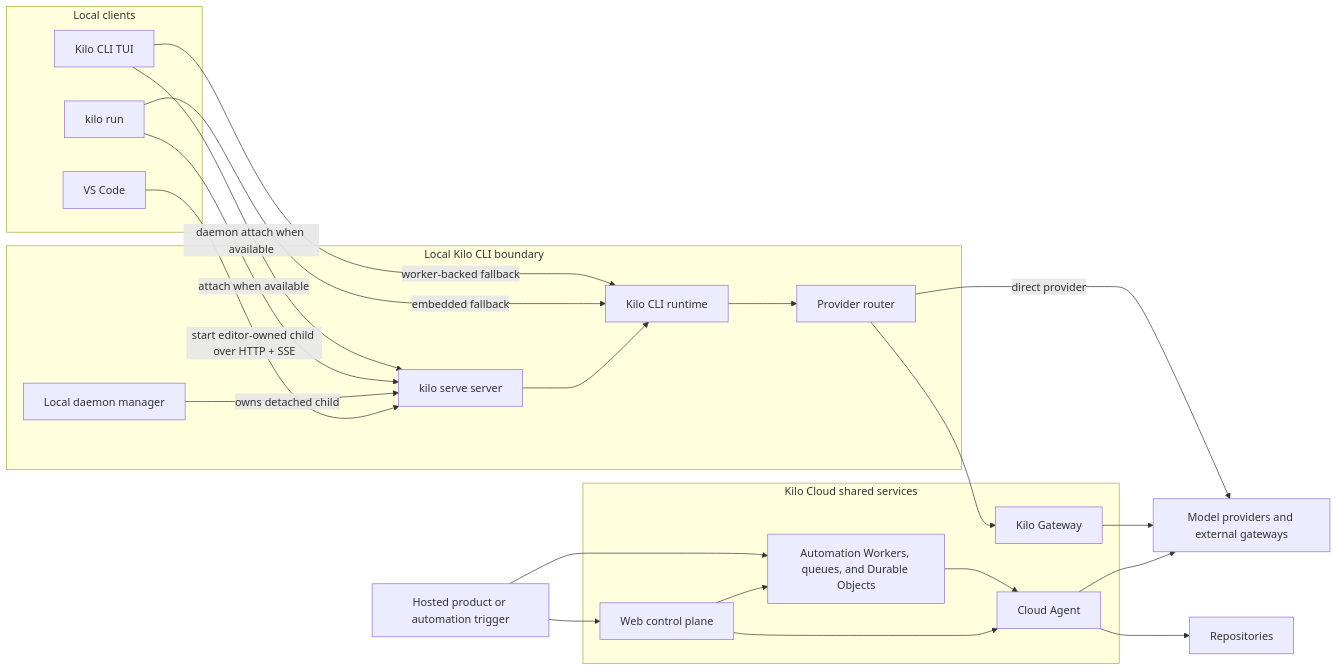
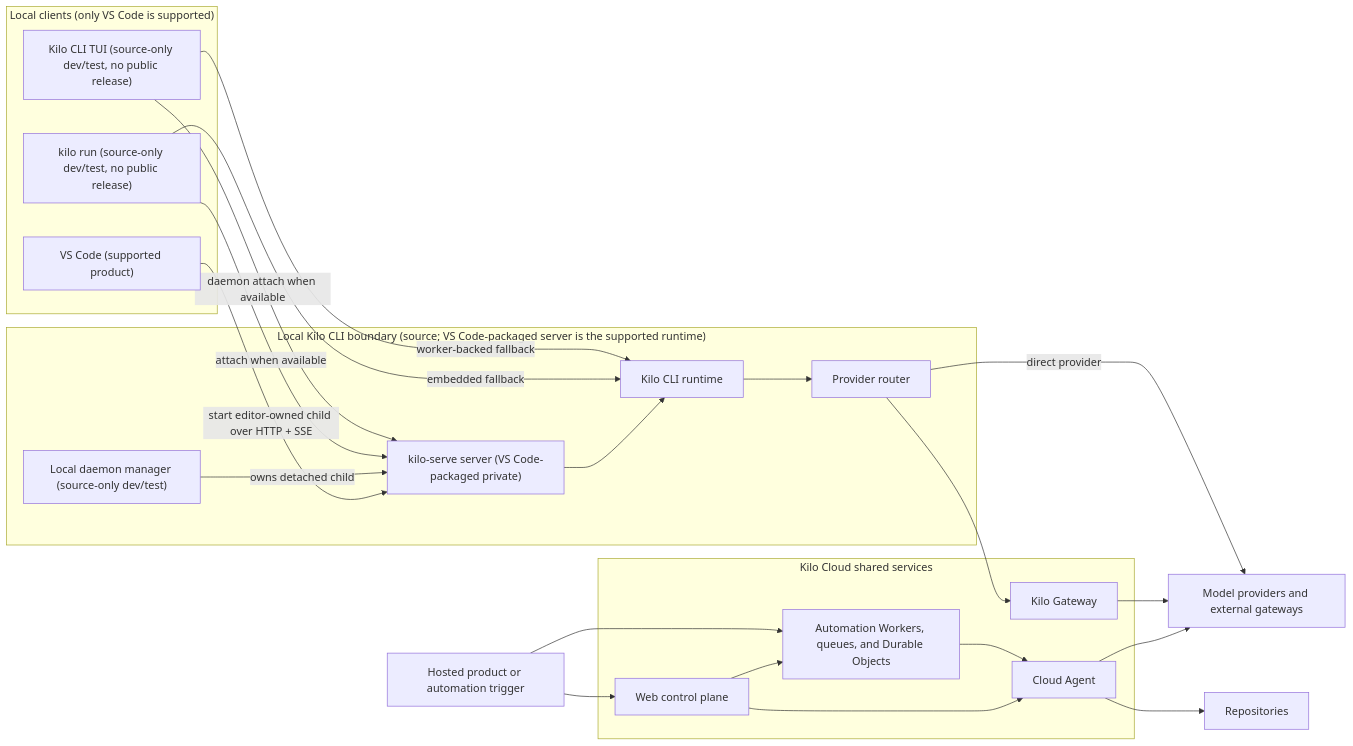
One commit to JorkeyLiu/kilocode changed the first of 2 diagrams in packages/kilo-docs/pages/contributing/architecture/index.md. Above: the diagram before and after it, drawn with Mermaid. The commit also changed other lines of this file and 177 other files, not shown here.

First line of the commit message:
feat(vscode)!: retire standalone CLI for private runtime

````diff
--- a/packages/kilo-docs/pages/contributing/architecture/index.md
+++ b/packages/kilo-docs/pages/contributing/architecture/index.md
@@ -69,43 +69,43 @@
 ```mermaid
 flowchart LR
-  subgraph clients ["Local clients"]
-    tui["Kilo CLI TUI"]
-    run["kilo run"]
-    editors["VS Code"]
+  subgraph clients ["Local clients (only VS Code is supported)"]
+    tui["Kilo CLI TUI (source-only dev/test, no public release)"]
+    run["kilo run (source-only dev/test, no public release)"]
+    editors["VS Code (supported product)"]
   end
 
-  subgraph local ["Local Kilo CLI boundary"]
-    daemon["Local daemon manager"]
-    server["kilo serve server"]
+  subgraph local ["Local Kilo CLI boundary (source; VS Code-packaged server is the supported runtime)"]
+    daemon["Local daemon manager (source-only dev/test)"]
+    server["kilo-serve server (VS Code-packaged private)"]
     runtime["Kilo CLI runtime"]
     router["Provider router"]
   end
 
   subgraph cloud ["Kilo Cloud shared services"]
     web["Web control plane"]
     workers["Automation Workers, queues, and Durable Objects"]
     gateway["Kilo Gateway"]
     agent["Cloud Agent"]
   end
 
   trigger["Hosted product or automation trigger"]
   repos["Repositories"]
   models["Model providers and external gateways"]
 
   tui -->|"daemon attach when available"| server
   tui -->|"worker-backed fallback"| runtime
   run -->|"attach when available"| server
   run -->|"embedded fallback"| runtime
   daemon -->|"owns detached child"| server
   editors -->|"start editor-owned child over HTTP + SSE"| server
   server --> runtime --> router
   router -->|"direct provider"| models
   router --> gateway --> models
 
   trigger --> web
   trigger --> workers
   web --> workers --> agent
   web --> agent
   agent --> repos
   agent --> models
 ```
````
